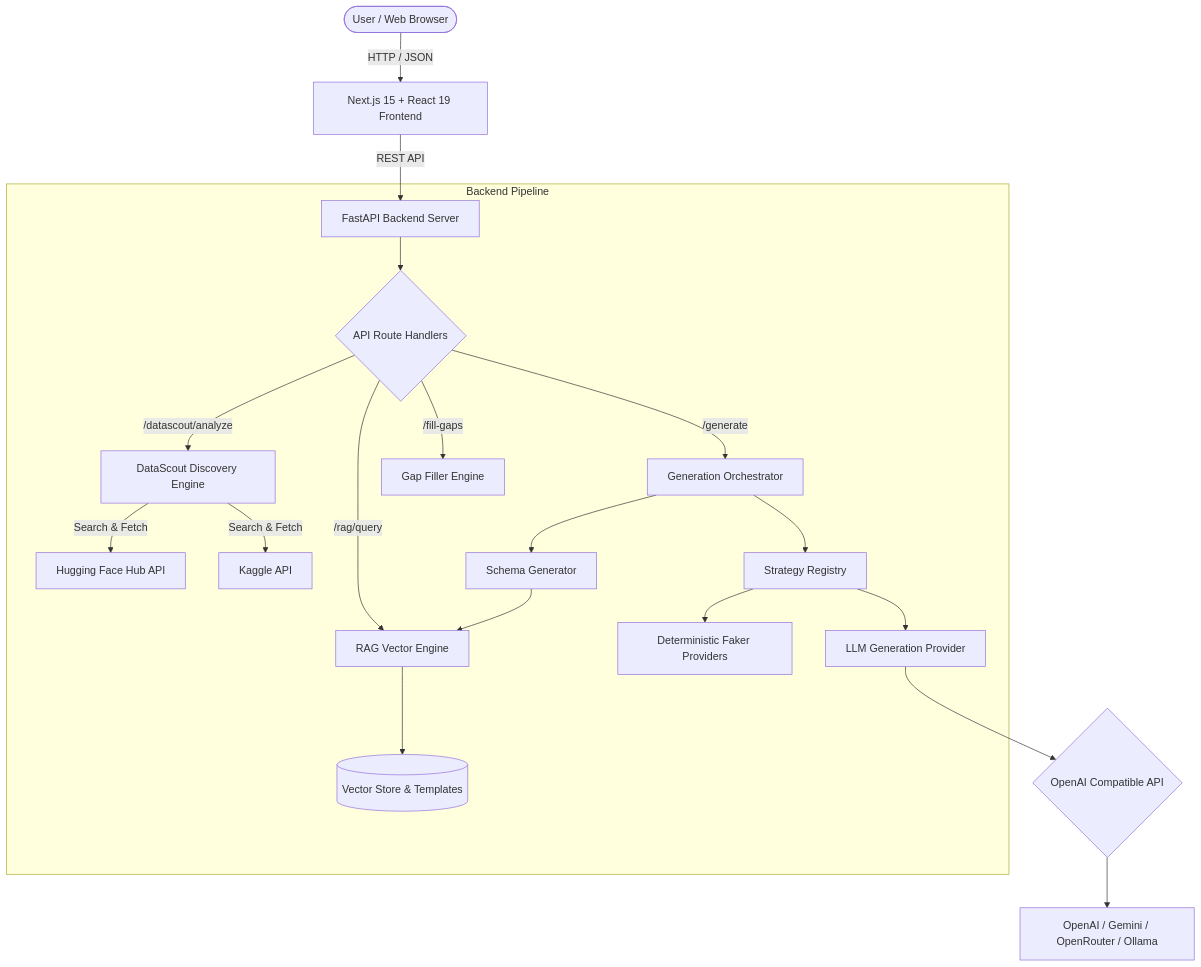
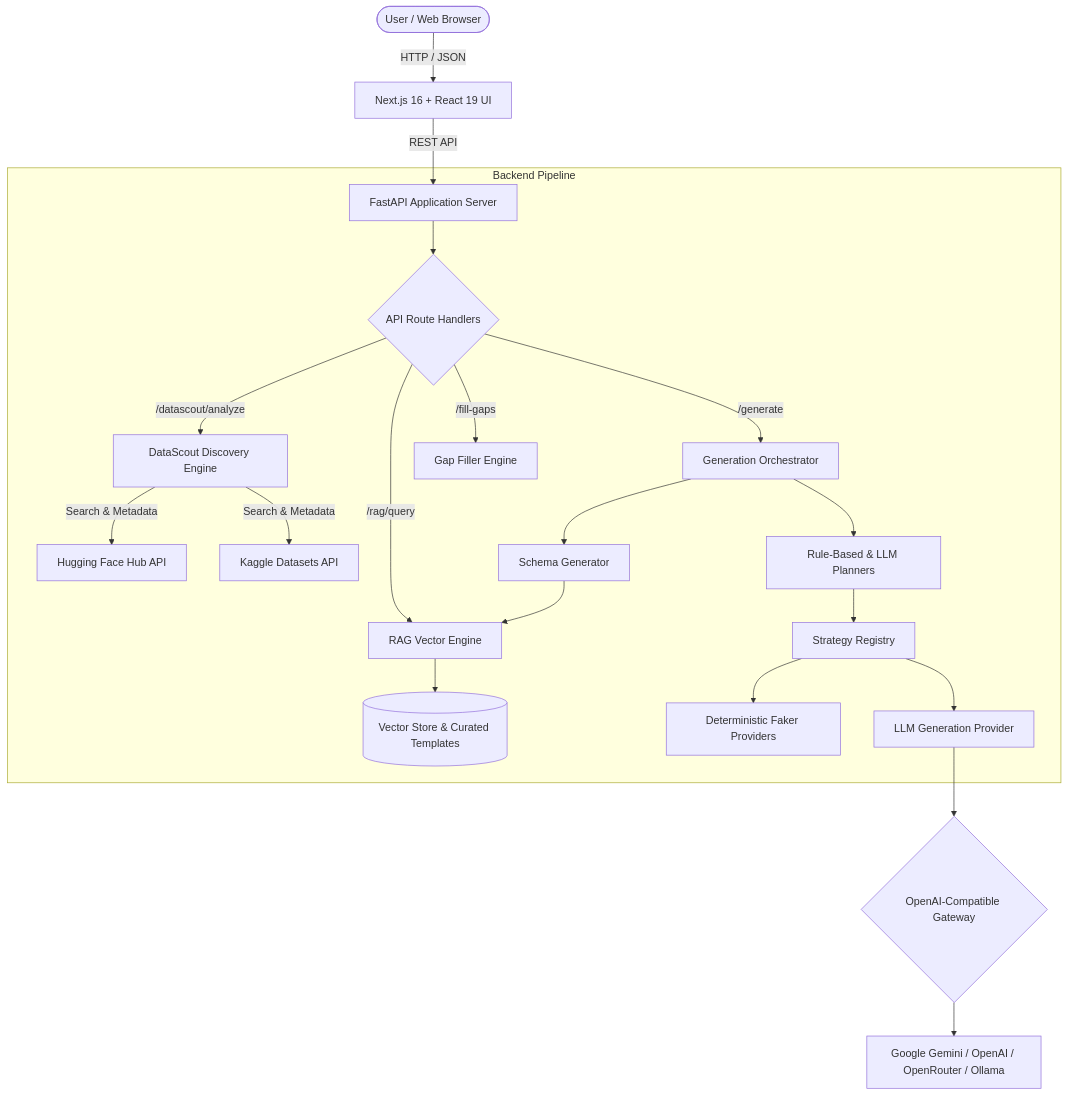
The diagram in README.md (Shivanshm29/synthetic-data-studio), drawn with Mermaid before and after one commit. The commit also changed other lines of this file and 10 other files, not shown here.

Commit message:
fix: resolve CI failures, update Gemini models to 2.5-flash with fallback, and improve documentation

````diff
--- a/README.md
+++ b/README.md
@@ -54,27 +65,29 @@
 ```mermaid
-graph TD
-    User([User / Web Browser]) -->|HTTP / JSON| Frontend[Next.js 15 + React 19 Frontend]
-    Frontend -->|REST API| Backend[FastAPI Backend Server]
+flowchart TD
+    User([User / Web Browser]) -->|HTTP / JSON| Frontend[Next.js 16 + React 19 UI]
+    Frontend -->|REST API| Backend[FastAPI Application Server]
 
     subgraph Backend Pipeline
         Backend --> Router{API Route Handlers}
         Router -->|/datascout/analyze| DataScout[DataScout Discovery Engine]
         Router -->|/generate| Orchestrator[Generation Orchestrator]
         Router -->|/fill-gaps| GapFiller[Gap Filler Engine]
         Router -->|/rag/query| RAGEngine[RAG Vector Engine]
 
-        DataScout -->|Search & Fetch| HF[Hugging Face Hub API]
-        DataScout -->|Search & Fetch| Kaggle[Kaggle API]
+        DataScout -->|Search & Metadata| HF[Hugging Face Hub API]
+        DataScout -->|Search & Metadata| Kaggle[Kaggle Datasets API]
 
         Orchestrator --> SchemaGen[Schema Generator]
         SchemaGen --> RAGEngine
-        RAGEngine --> VectorStore[(Vector Store & Templates)]
+        RAGEngine --> VectorStore[(Vector Store & Curated Templates)]
 
-        Orchestrator --> StrategyRegistry[Strategy Registry]
+        Orchestrator --> Planner[Rule-Based & LLM Planners]
+        Planner --> StrategyRegistry[Strategy Registry]
+
         StrategyRegistry --> FakerGen[Deterministic Faker Providers]
         StrategyRegistry --> LLMGen[LLM Generation Provider]
     end
 
-    LLMGen --> LLMProvider{OpenAI Compatible API}
-    LLMProvider --> OpenAI[OpenAI / Gemini / OpenRouter / Ollama]
+    LLMGen --> LLMProvider{OpenAI-Compatible Gateway}
+    LLMProvider --> Models[Google Gemini / OpenAI / OpenRouter / Ollama]
 ```
````
